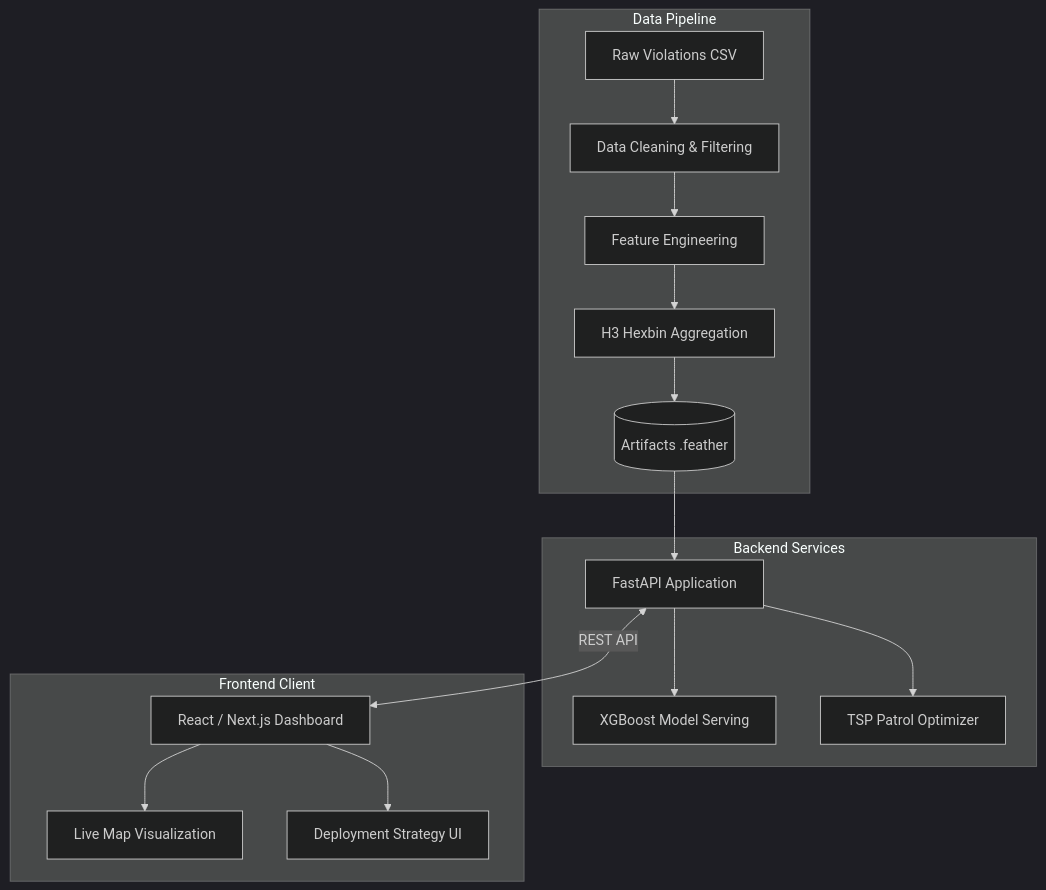
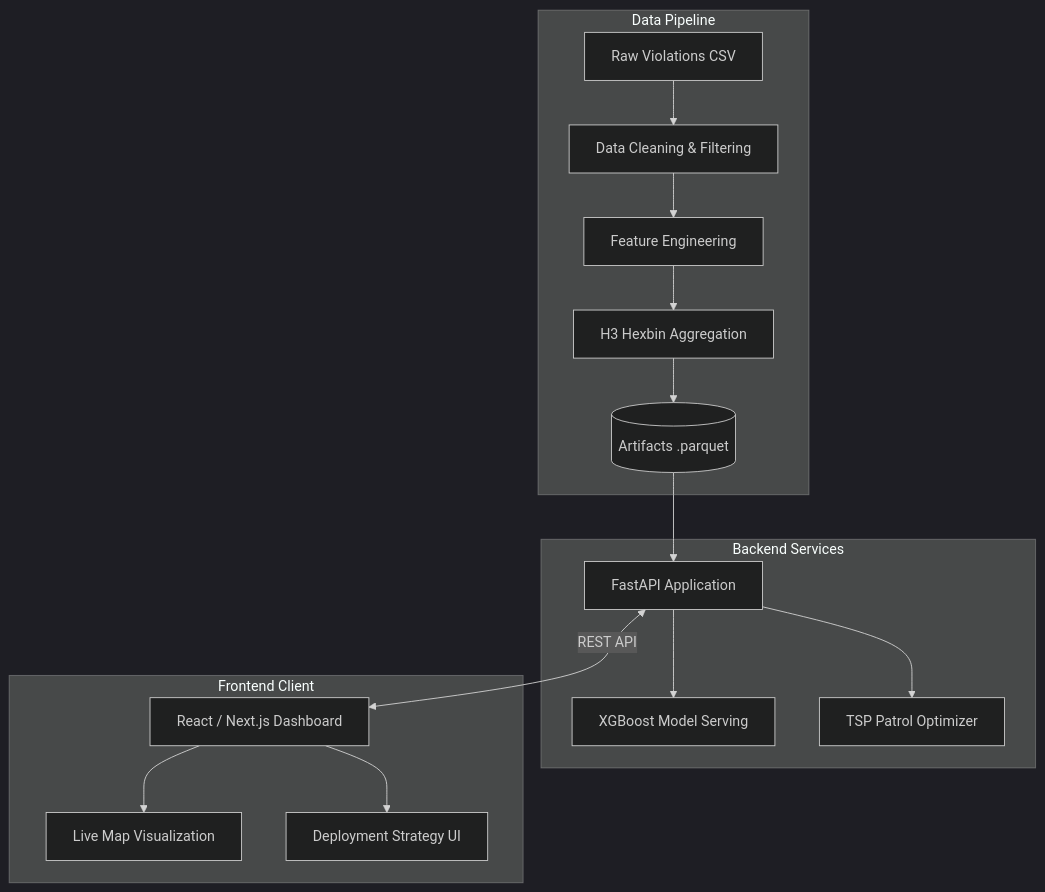
The first of 2 diagrams in README.md (Abhishek86798/gridlock), drawn with Mermaid (dark theme) before and after one commit. The commit also changed other lines of this file, not shown here.

First line of the commit message:
fix: README §6 correctness — feather, blind-spot hours, precision, privacy mask

````diff
--- a/README.md
+++ b/README.md
@@ -24,21 +24,21 @@
 ```mermaid
 flowchart TD
     subgraph Data Pipeline
         A[Raw Violations CSV] --> B[Data Cleaning & Filtering]
         B --> C[Feature Engineering]
         C --> D[H3 Hexbin Aggregation]
-        D --> E[(Artifacts .feather)]
+        D --> E[(Artifacts .parquet)]
     end
 
     subgraph Backend Services
         E --> F[FastAPI Application]
         F --> G[XGBoost Model Serving]
         F --> H[TSP Patrol Optimizer]
     end
 
     subgraph Frontend Client
         F <-->|REST API| I[React / Next.js Dashboard]
         I --> J[Live Map Visualization]
         I --> K[Deployment Strategy UI]
     end
 ```
````
